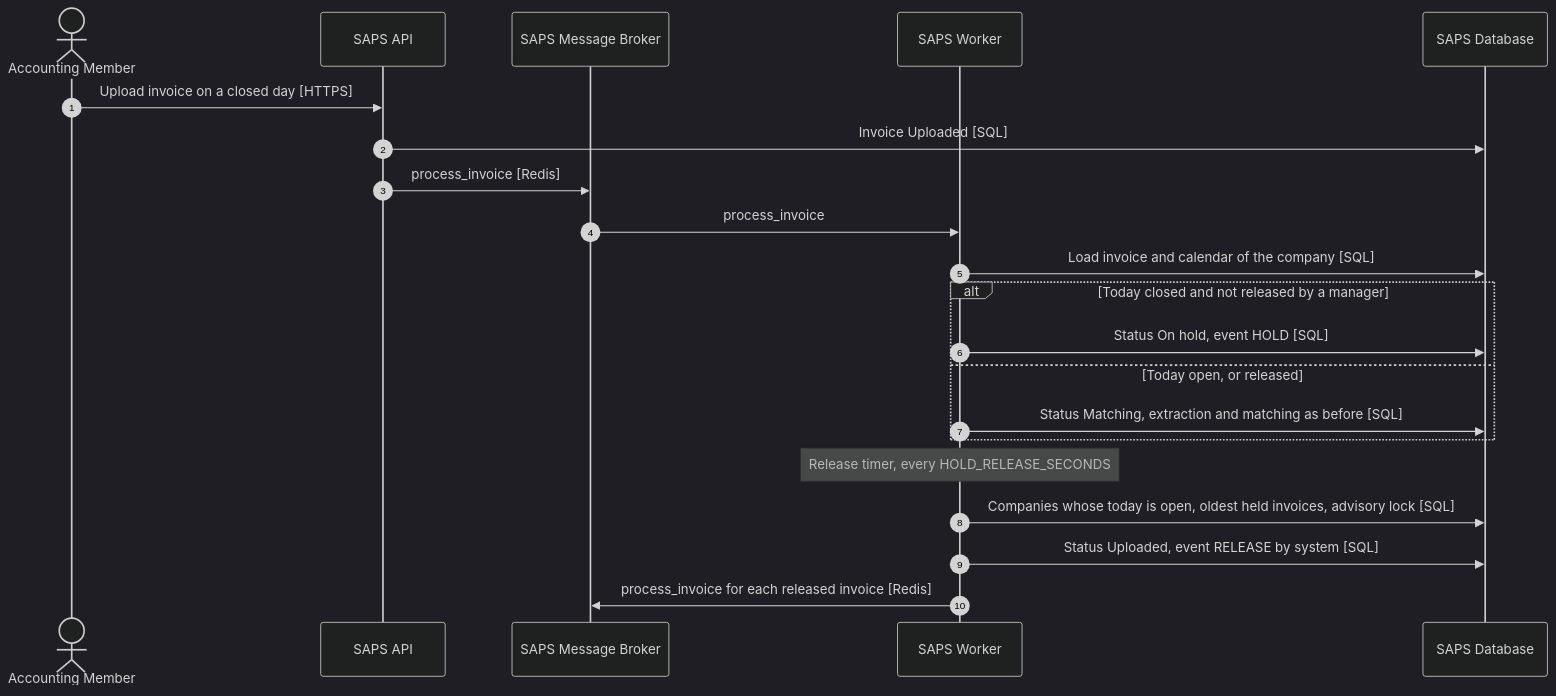
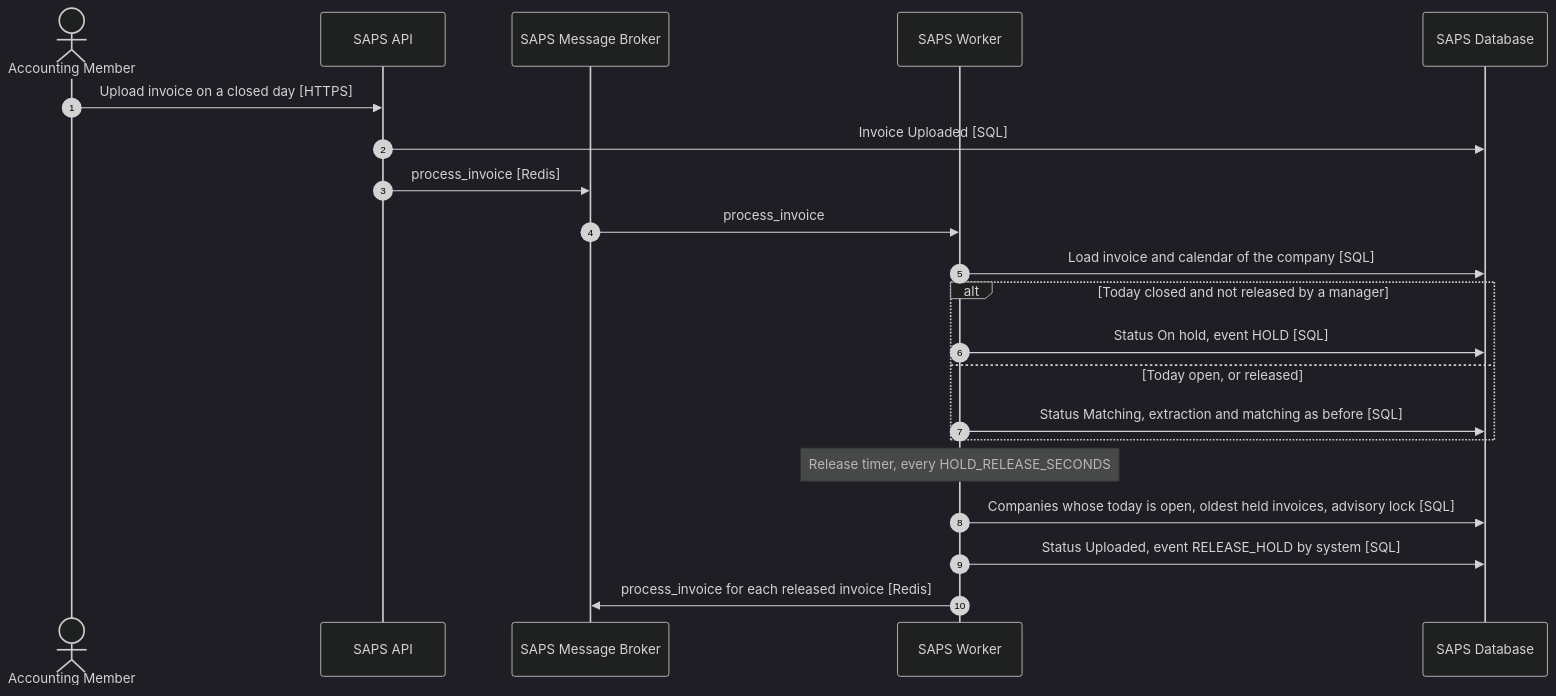
One commit to jiri-nguyen/SAPS changed the first of 2 diagrams in docs/03-features/SAPS-52-processing-calendar.md. Above: the diagram before and after it, drawn with Mermaid (dark theme). The commit also changed other lines of this file and 6 other files, not shown here.

````diff
--- a/docs/03-features/SAPS-52-processing-calendar.md
+++ b/docs/03-features/SAPS-52-processing-calendar.md
@@ -84,24 +84,24 @@
 ```mermaid
 sequenceDiagram
     autonumber
     actor Member as Accounting Member
     participant API as SAPS API
     participant Broker as SAPS Message Broker
     participant Worker as SAPS Worker
     participant DB as SAPS Database
 
     Member->>API: Upload invoice on a closed day [HTTPS]
     API->>DB: Invoice Uploaded [SQL]
     API->>Broker: process_invoice [Redis]
     Broker->>Worker: process_invoice
     Worker->>DB: Load invoice and calendar of the company [SQL]
     alt Today closed and not released by a manager
         Worker->>DB: Status On hold, event HOLD [SQL]
     else Today open, or released
         Worker->>DB: Status Matching, extraction and matching as before [SQL]
     end
     Note over Worker: Release timer, every HOLD_RELEASE_SECONDS
     Worker->>DB: Companies whose today is open, oldest held invoices, advisory lock [SQL]
-    Worker->>DB: Status Uploaded, event RELEASE by system [SQL]
+    Worker->>DB: Status Uploaded, event RELEASE_HOLD by system [SQL]
     Worker->>Broker: process_invoice for each released invoice [Redis]
 ```
````
